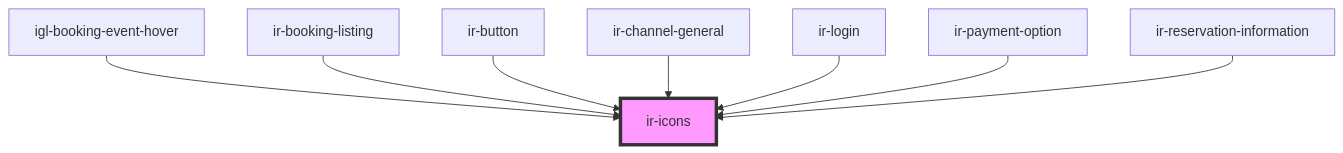
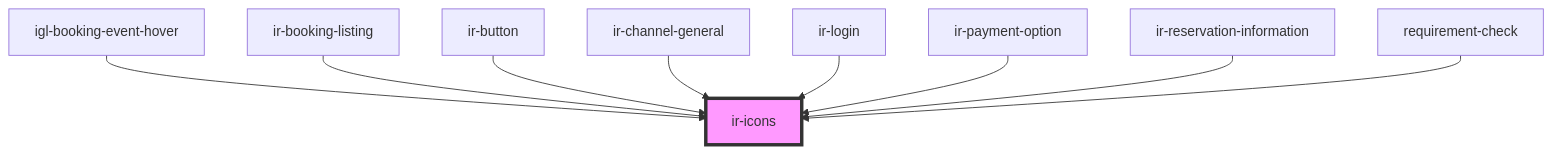
The diagram in src/components/ui/ir-icons/readme.md (RonyRizk/ir-webcmp), drawn with Mermaid before and after one commit. The commit also changed other lines of this file and 12 other files, not shown here.

````diff
--- a/src/components/ui/ir-icons/readme.md
+++ b/src/components/ui/ir-icons/readme.md
@@ -30,11 +31,12 @@
 ```mermaid
 graph TD;
   igl-booking-event-hover --> ir-icons
   ir-booking-listing --> ir-icons
   ir-button --> ir-icons
   ir-channel-general --> ir-icons
   ir-login --> ir-icons
   ir-payment-option --> ir-icons
   ir-reservation-information --> ir-icons
+  requirement-check --> ir-icons
   style ir-icons fill:#f9f,stroke:#333,stroke-width:4px
 ```
````
